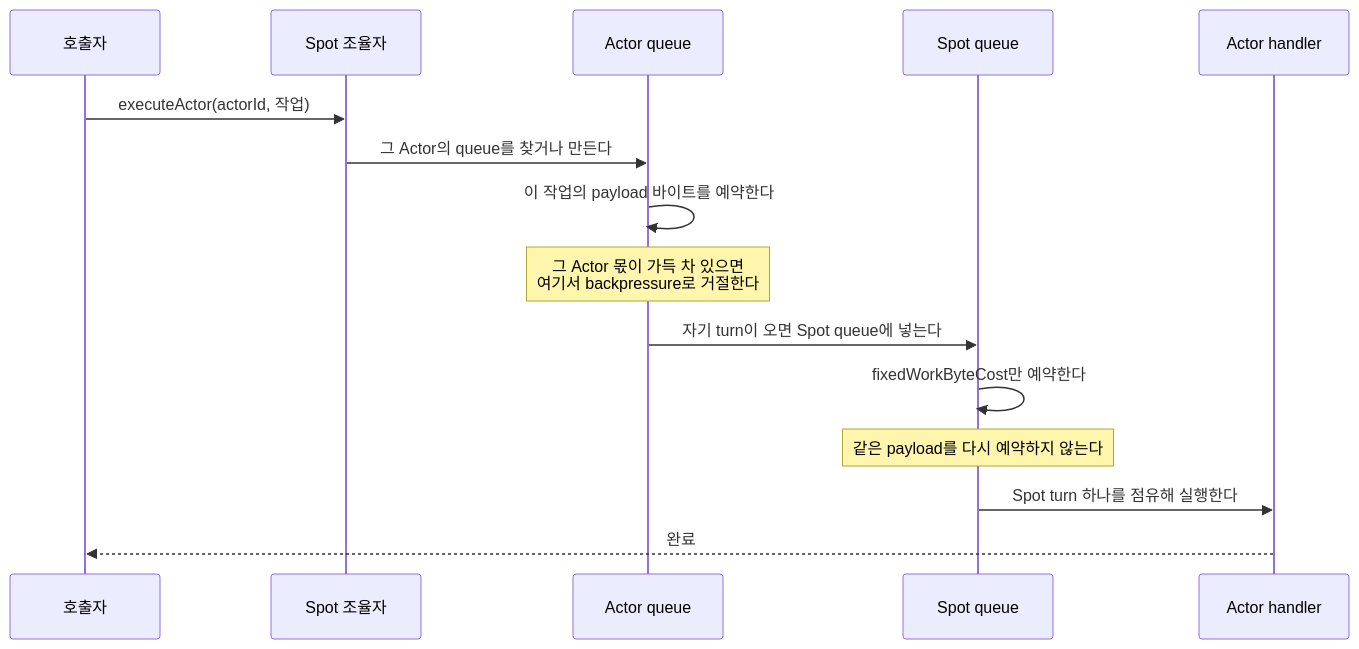
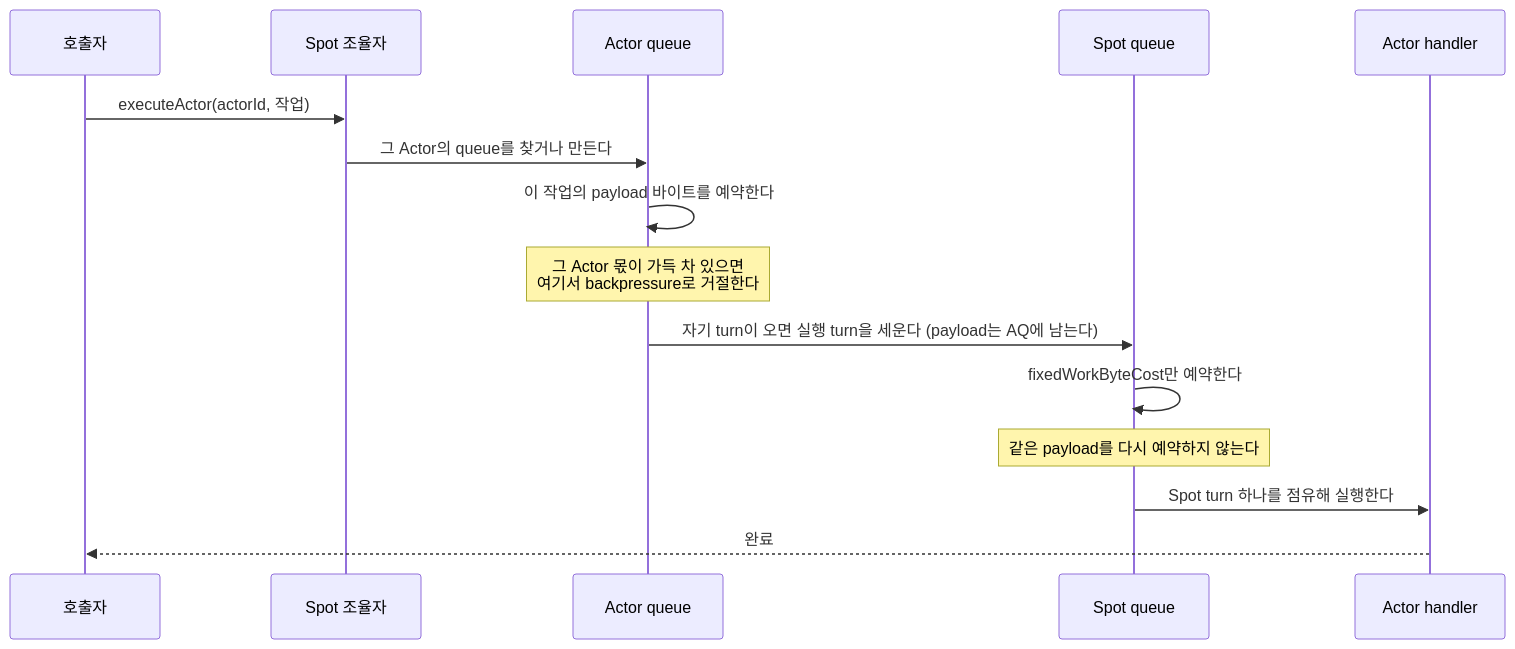
Before and after one commit to zlink-systems/zlink: the diagram in framework/doc/framework/common/spec/server/01-execution/07-serial-executor-layers.ko.md, drawn with Mermaid. The commit also changed other lines of this file and 2 other files, not shown here.

````diff
--- a/framework/doc/framework/common/spec/server/01-execution/07-serial-executor-layers.ko.md
+++ b/framework/doc/framework/common/spec/server/01-execution/07-serial-executor-layers.ko.md
@@ -171,18 +181,18 @@
 ```mermaid
 sequenceDiagram
     participant Caller as 호출자
     participant Coord as Spot 조율자
     participant AQ as Actor queue
     participant SQ as Spot queue
     participant H as Actor handler
 
     Caller->>Coord: executeActor(actorId, 작업)
     Coord->>AQ: 그 Actor의 queue를 찾거나 만든다
     AQ->>AQ: 이 작업의 payload 바이트를 예약한다
     Note over AQ: 그 Actor 몫이 가득 차 있으면<br/>여기서 backpressure로 거절한다
-    AQ->>SQ: 자기 turn이 오면 Spot queue에 넣는다
+    AQ->>SQ: 자기 turn이 오면 실행 turn을 세운다 (payload는 AQ에 남는다)
     SQ->>SQ: fixedWorkByteCost만 예약한다
     Note over SQ: 같은 payload를 다시 예약하지 않는다
     SQ->>H: Spot turn 하나를 점유해 실행한다
     H-->>Caller: 완료
 ```
````
